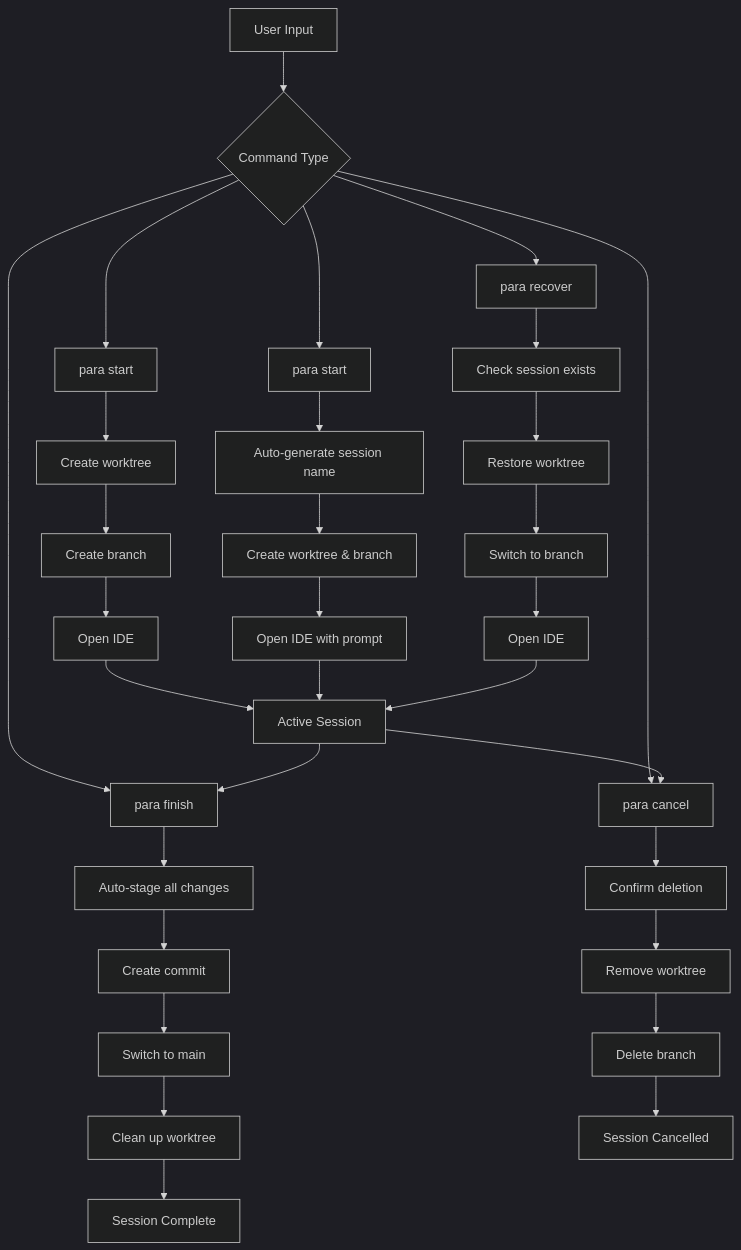
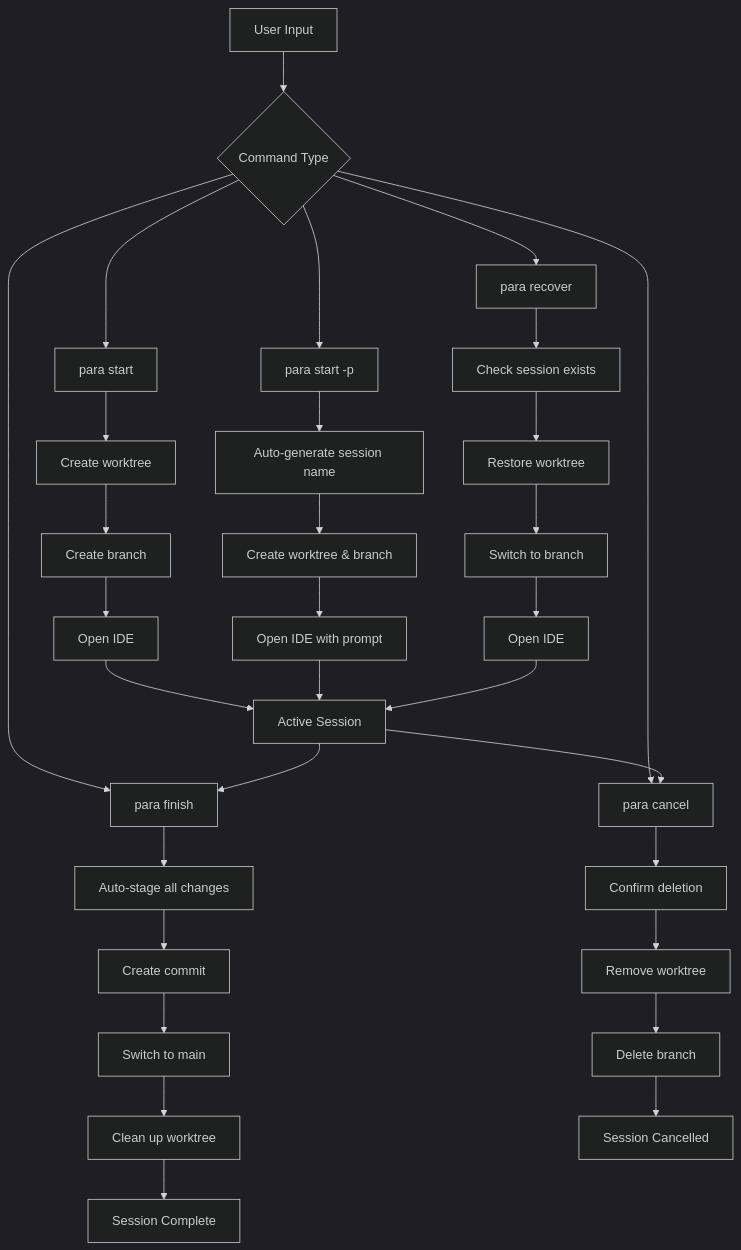
The second of 6 diagrams in docs/WORKFLOW.md (2mawi2/para), drawn with Mermaid (dark theme) before and after one commit. The commit also changed other lines of this file and 22 other files, not shown here.

````diff
--- a/docs/WORKFLOW.md
+++ b/docs/WORKFLOW.md
@@ -37,41 +37,41 @@
 ```mermaid
 flowchart TD
     A[User Input] --> B{Command Type}
     
     B --> C[para start]
-    B --> D[para start <prompt>]
+    B --> D[para start -p <prompt>]
     B --> F[para finish]
     B --> G[para cancel]
     B --> H[para recover]
     
     C --> C1[Create worktree]
     C1 --> C2[Create branch]
     C2 --> C3[Open IDE]
     C3 --> I[Active Session]
     
     D --> D1[Auto-generate session name]
     D1 --> D2[Create worktree & branch]
     D2 --> D3[Open IDE with prompt]
     D3 --> I
     
     I --> F
     
     F --> F1[Auto-stage all changes]
     F1 --> F2[Create commit]
     F2 --> F3[Switch to main]
     F3 --> F4[Clean up worktree]
     F4 --> K[Session Complete]
     
     I --> G
     
     G --> G1[Confirm deletion]
     G1 --> G2[Remove worktree]
     G2 --> G3[Delete branch]
     G3 --> L[Session Cancelled]
     
     H --> H1[Check session exists]
     H1 --> H2[Restore worktree]
     H2 --> H3[Switch to branch]
     H3 --> H4[Open IDE]
     H4 --> I
 ```
````
